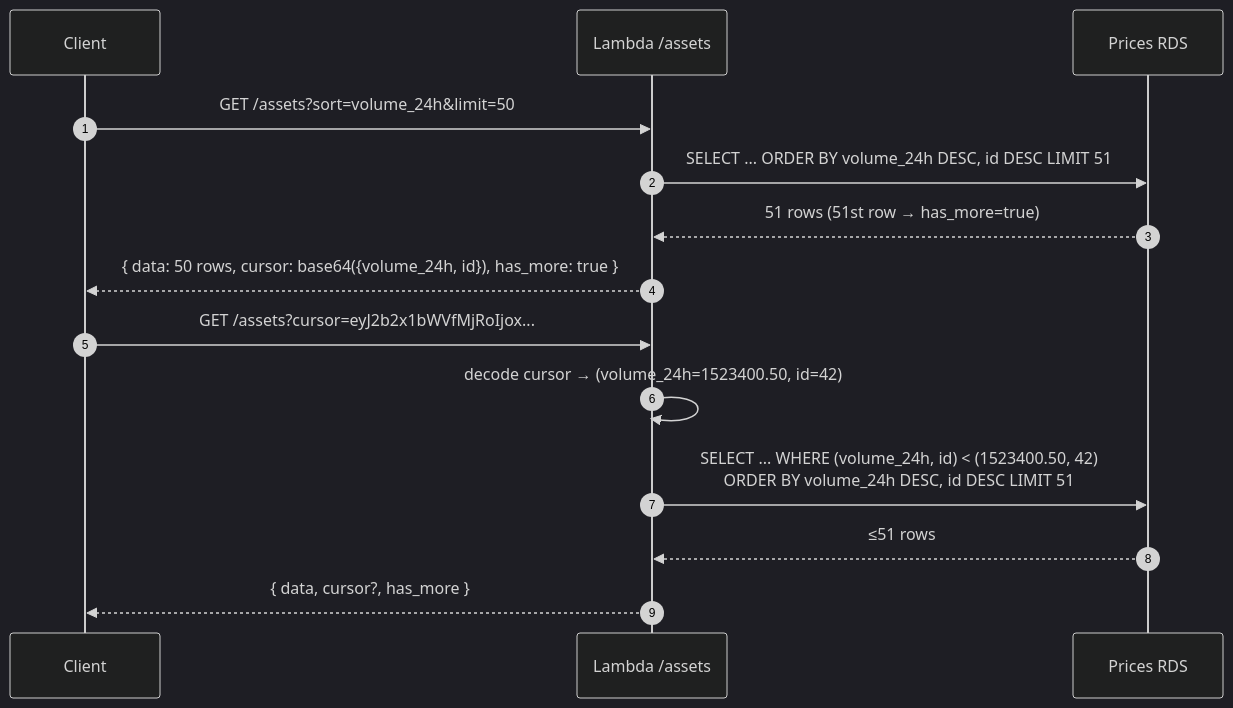
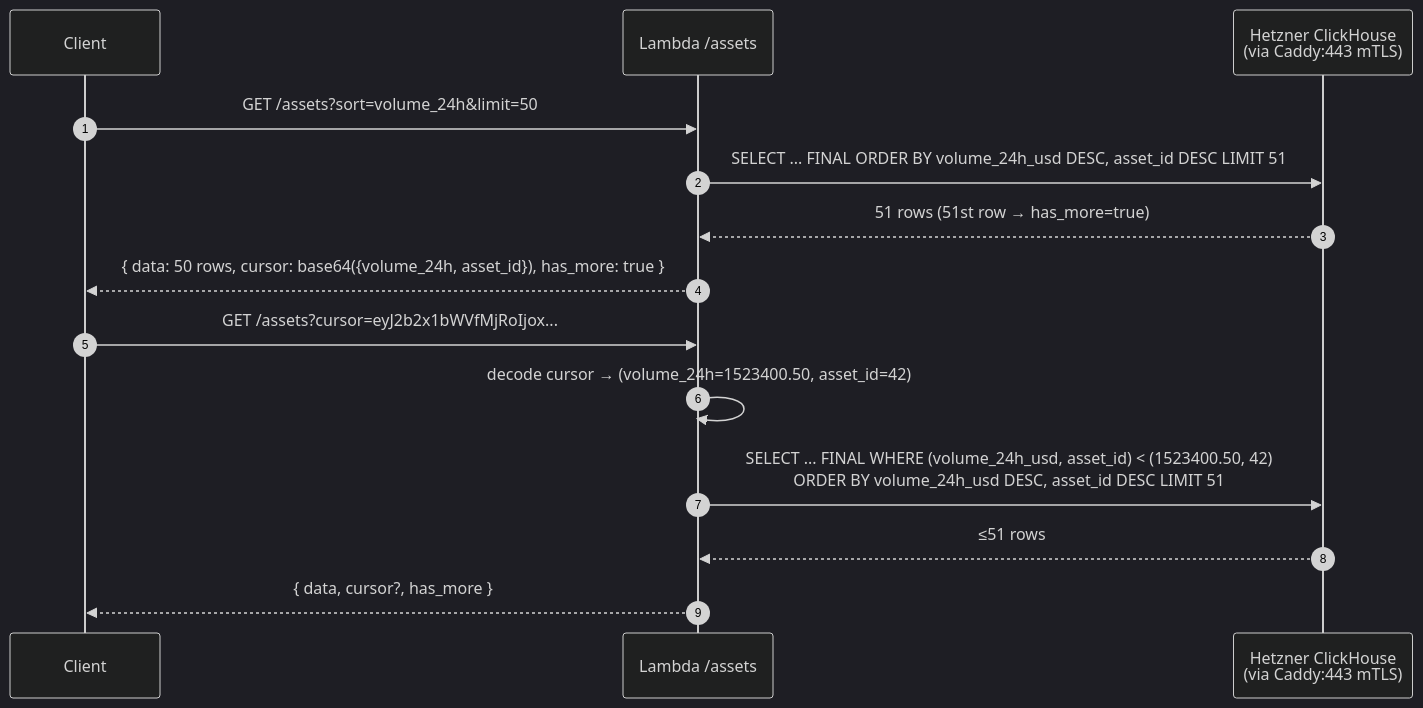
The seventh of 13 diagrams in docs/database-schema/database-schema-overview.md (rumblefishdev/stellar-prices-api), drawn with Mermaid (dark theme) before and after one commit. The commit also changed other lines of this file and 2 other files, not shown here.

First line of the commit message:
docs(lore-0049): rewrite database-schema/ for ADR 0007 (Hetzner CH)

````diff
--- a/docs/database-schema/database-schema-overview.md
+++ b/docs/database-schema/database-schema-overview.md
@@ -811,17 +971,17 @@
 ```mermaid
 sequenceDiagram
     autonumber
     participant Client
     participant API as Lambda /assets
-    participant DB as Prices RDS
+    participant CH as Hetzner ClickHouse<br/>(via Caddy:443 mTLS)
 
     Client->>API: GET /assets?sort=volume_24h&limit=50
-    API->>DB: SELECT ... ORDER BY volume_24h DESC, id DESC LIMIT 51
-    DB-->>API: 51 rows (51st row → has_more=true)
-    API-->>Client: { data: 50 rows, cursor: base64({volume_24h, id}), has_more: true }
+    API->>CH: SELECT ... FINAL ORDER BY volume_24h_usd DESC, asset_id DESC LIMIT 51
+    CH-->>API: 51 rows (51st row → has_more=true)
+    API-->>Client: { data: 50 rows, cursor: base64({volume_24h, asset_id}), has_more: true }
     Client->>API: GET /assets?cursor=eyJ2b2x1bWVfMjRoIjox...
-    API->>API: decode cursor → (volume_24h=1523400.50, id=42)
-    API->>DB: SELECT ... WHERE (volume_24h, id) < (1523400.50, 42)<br/>ORDER BY volume_24h DESC, id DESC LIMIT 51
-    DB-->>API: ≤51 rows
+    API->>API: decode cursor → (volume_24h=1523400.50, asset_id=42)
+    API->>CH: SELECT ... FINAL WHERE (volume_24h_usd, asset_id) < (1523400.50, 42)<br/>ORDER BY volume_24h_usd DESC, asset_id DESC LIMIT 51
+    CH-->>API: ≤51 rows
     API-->>Client: { data, cursor?, has_more }
 ```
````
